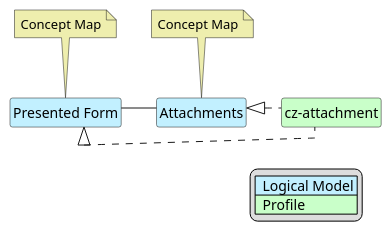
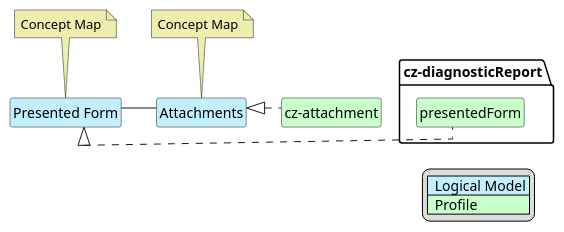
Before and after one commit to HL7-cz/img: the diagram in input/images-source/imgReportAttach-map.plantuml, drawn with PlantUML. The commit also changed 1 other file, not shown here.

Commit message:
fix plantuml: mapping for presentedForm

```diff
--- a/input/images-source/imgReportAttach-map.plantuml
+++ b/input/images-source/imgReportAttach-map.plantuml
@@ -1,36 +1,37 @@
 @startuml
 hide circle
 hide stereotype
 hide members
 hide methods
 skinparam linetype ortho
 skinparam class {
 BackgroundColor<<LogicalModel>> #APPLICATION
 BackgroundColor<<Profile>> #TECHNOLOGY
 }
 legend right
 | <#APPLICATION>  Logical Model |
 | <#TECHNOLOGY>  Profile |
 endlegend
 
 class "Presented Form" <<LogicalModel>> [[StructureDefinition-PresentedFormCz.html]]
 note top #EEEEAE [[ConceptMap-AttachmentImagingReport2FHIR-cz.html]]
 Concept Map
 endnote
 
 class "Attachments" <<LogicalModel>> [[StructureDefinition-AttachmentsCz.html]]
 note top #EEEEAE [[ConceptMap-AttachmentImagingReport2FHIR-cz.html]]
 Concept Map
 endnote
 
+class "cz-diagnosticReport.presentedForm" <<Profile>> [[https://build.fhir.org/ig/HL7-cz/img-order/StructureDefinition-cz-compositionImageOrder.html#an]]
 class "cz-attachment" <<Profile>> [[https://build.fhir.org/ig/HL7-cz/cz-core/StructureDefinition-cz-attachment.html]]
 
 "Presented Form" -- "Attachments"
-"Presented Form" <|. "cz-attachment"
+"Presented Form" <|. "cz-diagnosticReport.presentedForm"
 "Attachments" <|. "cz-attachment"
 
 "Presented Form" -r[hidden]-> "Attachments"
-"Presented Form" -d[hidden]-> "cz-attachment"
+"Presented Form" -d[hidden]-> "cz-diagnosticReport.presentedForm"
 "Attachments" -d[hidden]-> "cz-attachment"
 
 @enduml
```
